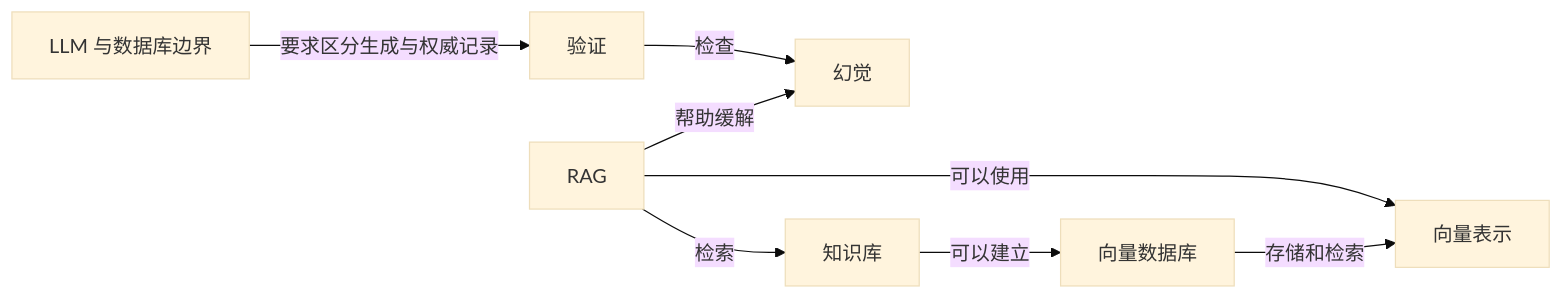
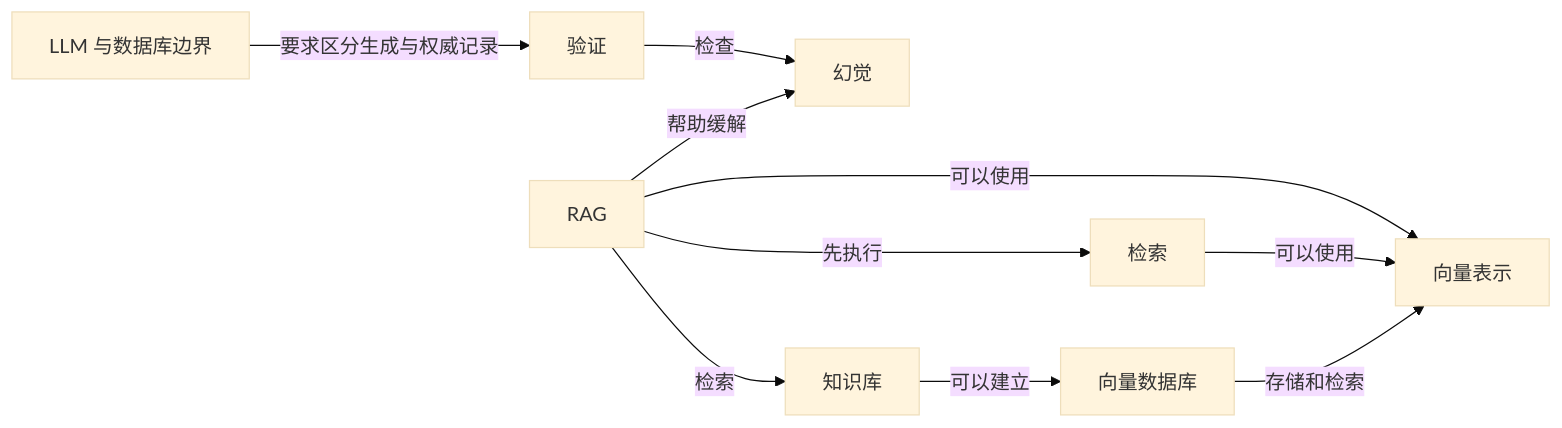
Before and after one commit to z-Zihan/LLM-101: the fourth of 9 diagrams in 知识网络.md, drawn with Mermaid (base theme). The commit also changed other lines of this file and 9 other files, not shown here.

````diff
--- a/知识网络.md
+++ b/知识网络.md
@@ -126,17 +127,20 @@
 ```mermaid
 flowchart LR
     n_hallucination["幻觉"]
     n_verification["验证"]
     n_database_boundary["LLM 与数据库边界"]
     n_rag["RAG"]
     n_knowledge_base["知识库"]
     n_embedding["向量表示"]
     n_vector_database["向量数据库"]
+    n_retrieval["检索"]
     n_database_boundary -->|"要求区分生成与权威记录"| n_verification
     n_verification -->|"检查"| n_hallucination
     n_rag -->|"帮助缓解"| n_hallucination
     n_rag -->|"可以使用"| n_embedding
     n_rag -->|"检索"| n_knowledge_base
     n_knowledge_base -->|"可以建立"| n_vector_database
+    n_rag -->|"先执行"| n_retrieval
+    n_retrieval -->|"可以使用"| n_embedding
     n_vector_database -->|"存储和检索"| n_embedding
 ```
````
